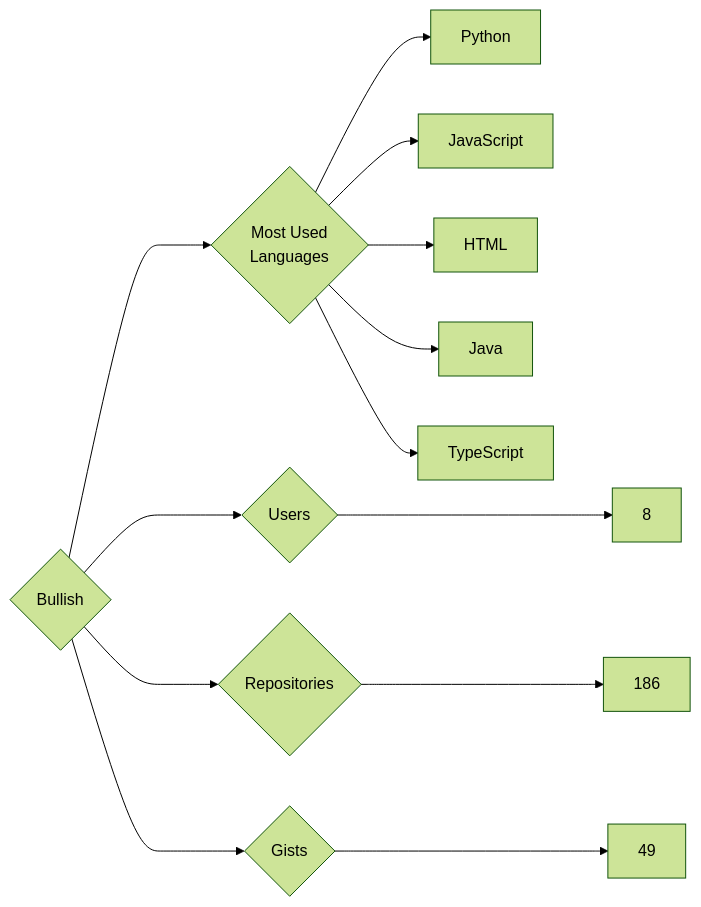
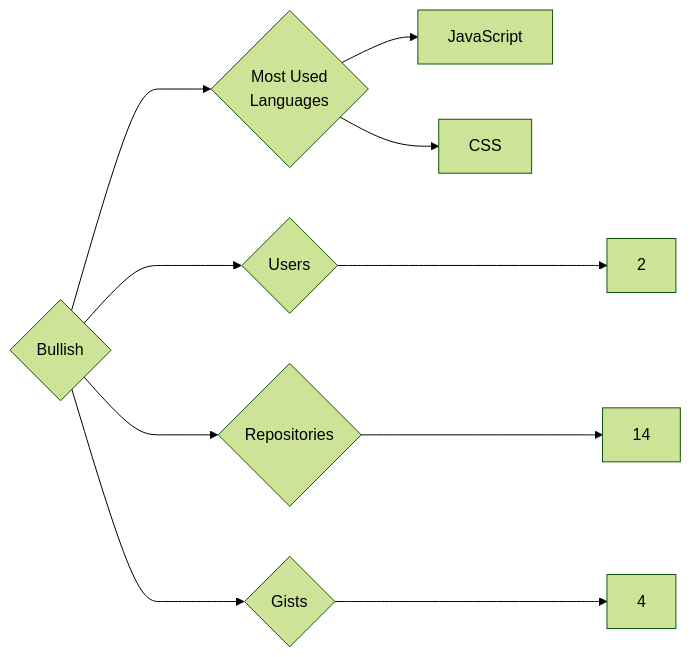
The diagram in targets/Bullish/README.md (trickest/insiders), drawn with Mermaid (forest theme) before and after one commit. The commit also changed 912 other files, not shown here.

````diff
--- a/targets/Bullish/README.md
+++ b/targets/Bullish/README.md
@@ -3,13 +3,10 @@
 ```mermaid
 graph LR
 COMPANY_NAME{Bullish}
-COMPANY_NAME ---> U{Users} ---> UN[8]
-COMPANY_NAME ---> R{Repositories} ---> RN[186]
-COMPANY_NAME ---> G{Gists} ---> GN[49]
+COMPANY_NAME ---> U{Users} ---> UN[2]
+COMPANY_NAME ---> R{Repositories} ---> RN[14]
+COMPANY_NAME ---> G{Gists} ---> GN[4]
 COMPANY_NAME ---> ML{Most Used<br>Languages}
-ML --> Python[Python]
 ML --> JavaScript[JavaScript]
-ML --> HTML[HTML]
-ML --> Java[Java]
-ML --> TypeScript[TypeScript]
+ML --> CSS[CSS]
 ```
````
